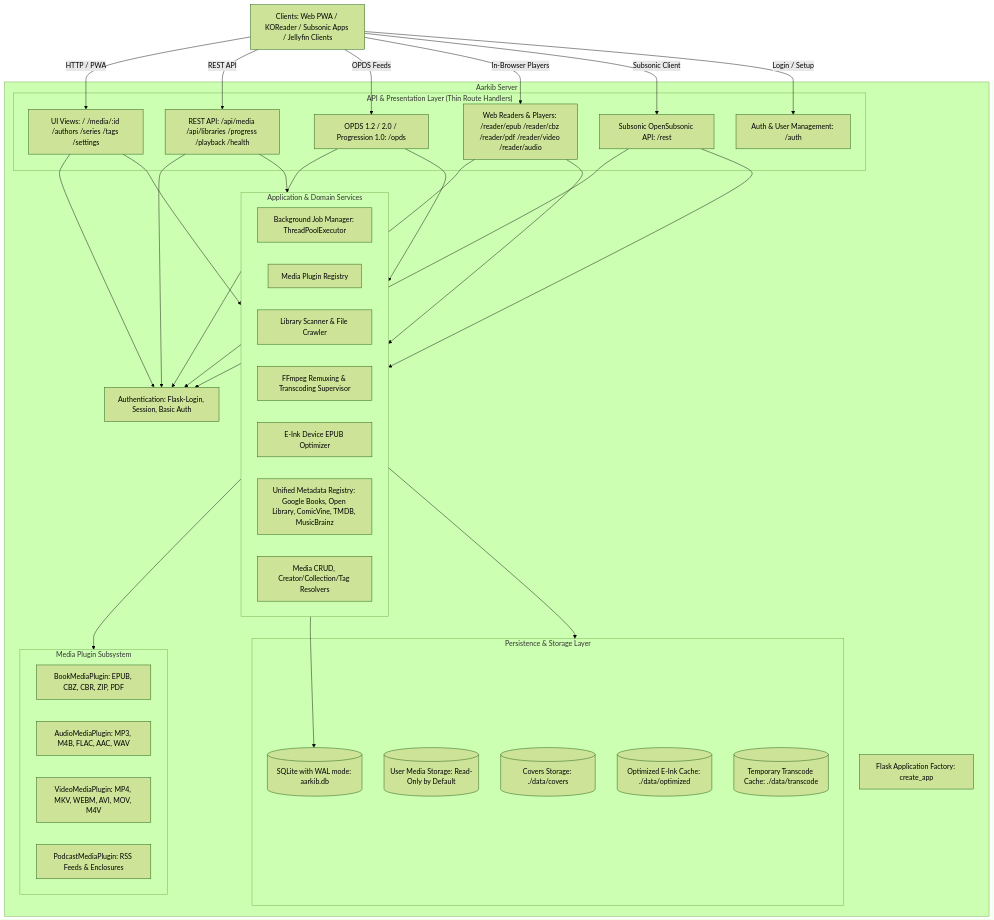
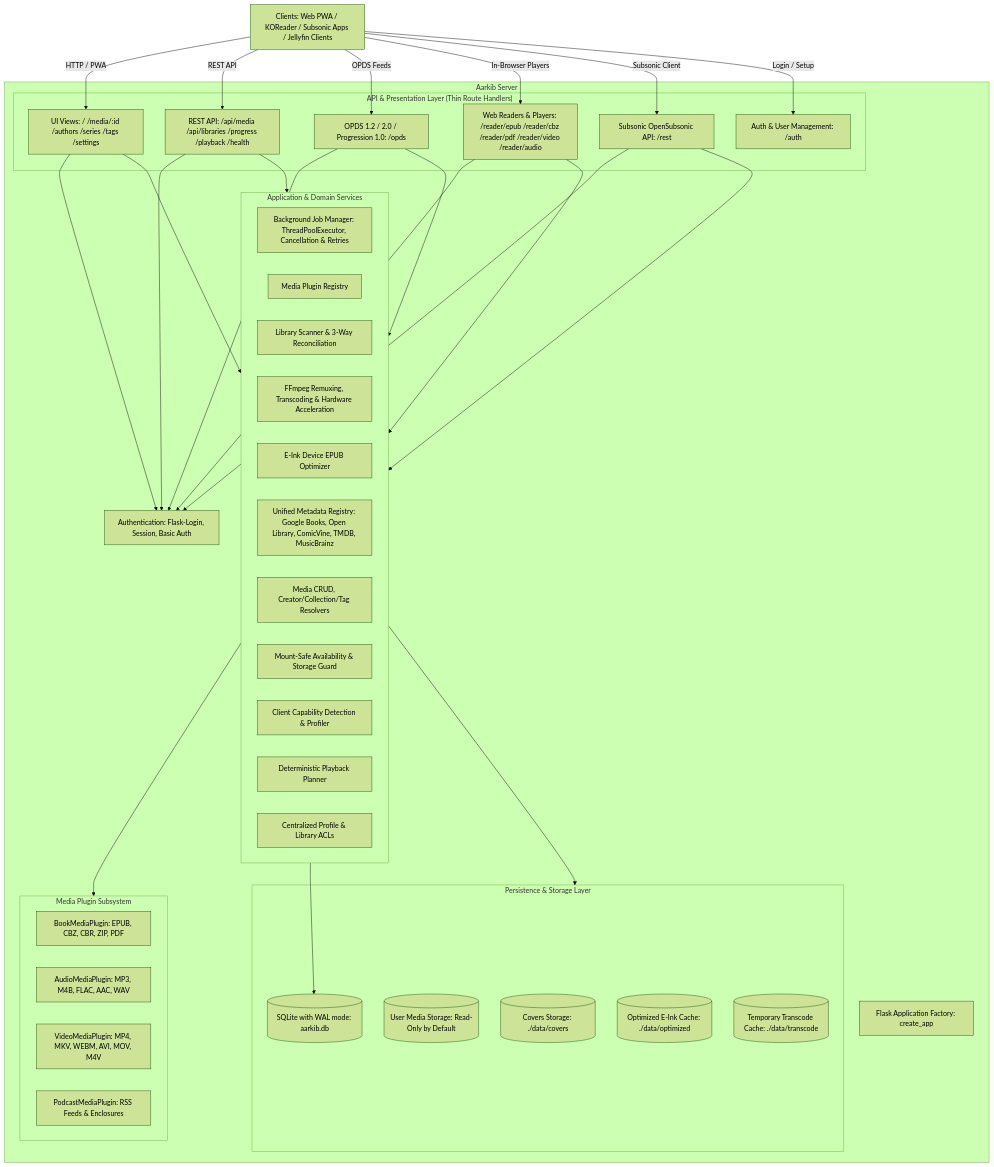
One commit to syfq91/aarkib changed the diagram in AGENTS.md. Above: the diagram before and after it, drawn with Mermaid (forest theme). The commit also changed other lines of this file and 3 other files, not shown here.

Commit message:
docs: synchronize architecture specifications, AGENTS.md, and roadmap

```diff
--- a/AGENTS.md
+++ b/AGENTS.md
@@ -32,6 +32,27 @@
             PluginRegistry[Media Plugin Registry]
             Scanner[Library Scanner & File Crawler]
             Transcoder[FFmpeg Remuxing & Transcoding Supervisor]
+            Optimizer[E-Ink Device EPUB Optimizer]
+            Enricher[Unified Metadata Registry: Google Books, Open Library, ComicVine, TMDB, MusicBrainz]
+            MediaService[Media CRUD, Creator/Collection/Tag Resolvers]
+        end
+        
+        subgraph Plugins ["Media Plugin Subsystem"]
+            BookPlugin[BookMediaPlugin: EPUB, CBZ, CBR, ZIP, PDF]
+            AudioPlugin[AudioMediaPlugin: MP3, M4B, FLAC, AAC, WAV]
+            VideoPlugin[VideoMediaPlugin: MP4, MKV, WEBM, AVI, MOV, M4V]
+            PodcastPlugin[PodcastMediaPlugin: RSS Feeds & Enclosures]
+        end
+        
+        subgraph Services ["Application & Domain Services"]
+            JobManager[Background Job Manager: ThreadPoolExecutor, Cancellation & Retries]
+            PluginRegistry[Media Plugin Registry]
+            Scanner[Library Scanner & 3-Way Reconciliation]
+            LibraryService[Mount-Safe Availability & Storage Guard]
+            CapabilityService[Client Capability Detection & Profiler]
+            PlaybackService[Deterministic Playback Planner]
+            AuthorizationService[Centralized Profile & Library ACLs]
+            Transcoder[FFmpeg Remuxing, Transcoding & Hardware Acceleration]
             Optimizer[E-Ink Device EPUB Optimizer]
             Enricher[Unified Metadata Registry: Google Books, Open Library, ComicVine, TMDB, MusicBrainz]
             MediaService[Media CRUD, Creator/Collection/Tag Resolvers]
```
